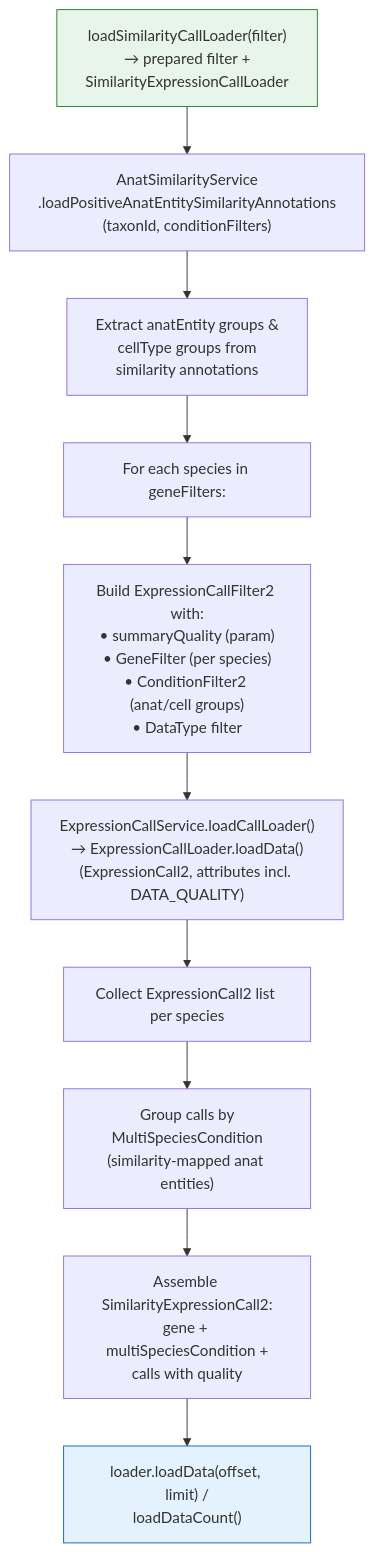
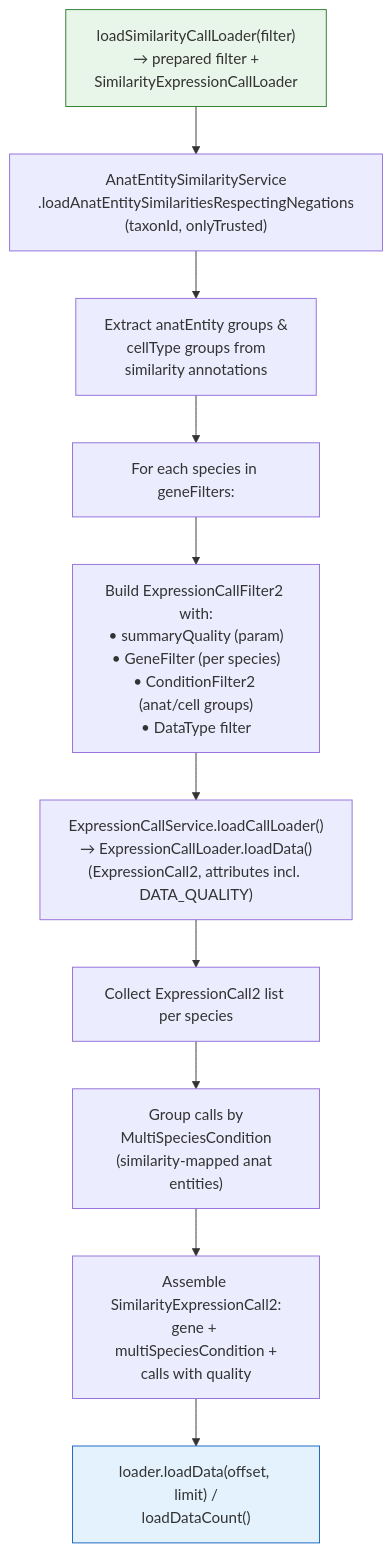
One commit to BgeeDB/bgee_apps changed the third of 4 diagrams in bgee-webapp/docs/multispec_expr_calls_endpoint.qmd. Above: the diagram before and after it, drawn with Mermaid. The commit also changed other lines of this file and 8 other files, not shown here.

````diff
--- a/bgee-webapp/docs/multispec_expr_calls_endpoint.qmd
+++ b/bgee-webapp/docs/multispec_expr_calls_endpoint.qmd
@@ -291,20 +307,20 @@
 ```{mermaid}
 %%| fig-width: 10
 flowchart TD
     ENTRY["loadSimilarityCallLoader(filter)<br/>→ prepared filter +<br/>SimilarityExpressionCallLoader"]
-    ENTRY --> ANNOT["AnatSimilarityService<br/>.loadPositiveAnatEntitySimilarityAnnotations<br/>(taxonId, conditionFilters)"]
+    ENTRY --> ANNOT["AnatEntitySimilarityService<br/>.loadAnatEntitySimilaritiesRespectingNegations<br/>(taxonId, onlyTrusted)"]
     ANNOT --> AE_GROUPS["Extract anatEntity groups &<br/>cellType groups from<br/>similarity annotations"]
 
     AE_GROUPS --> PER_SPECIES["For each species in geneFilters:"]
     PER_SPECIES --> BUILD_CF["Build ExpressionCallFilter2 with:<br/>• summaryQuality (param)<br/>• GeneFilter (per species)<br/>• ConditionFilter2 (anat/cell groups)<br/>• DataType filter"]
     BUILD_CF --> LOAD_EC["ExpressionCallService.loadCallLoader()<br/>→ ExpressionCallLoader.loadData()<br/>(ExpressionCall2, attributes incl. DATA_QUALITY)"]
     LOAD_EC --> COLLECT_EC["Collect ExpressionCall2 list per species"]
 
     COLLECT_EC --> GROUP["Group calls by<br/>MultiSpeciesCondition<br/>(similarity-mapped anat entities)"]
     GROUP --> ASSEMBLE["Assemble SimilarityExpressionCall2:<br/>gene + multiSpeciesCondition +<br/>calls with quality"]
 
     ASSEMBLE --> STREAM["loader.loadData(offset, limit) /<br/>loadDataCount()"]
 
     style ENTRY fill:#e8f5e9,stroke:#2e7d32
     style STREAM fill:#e3f2fd,stroke:#1565c0
 ```
````
